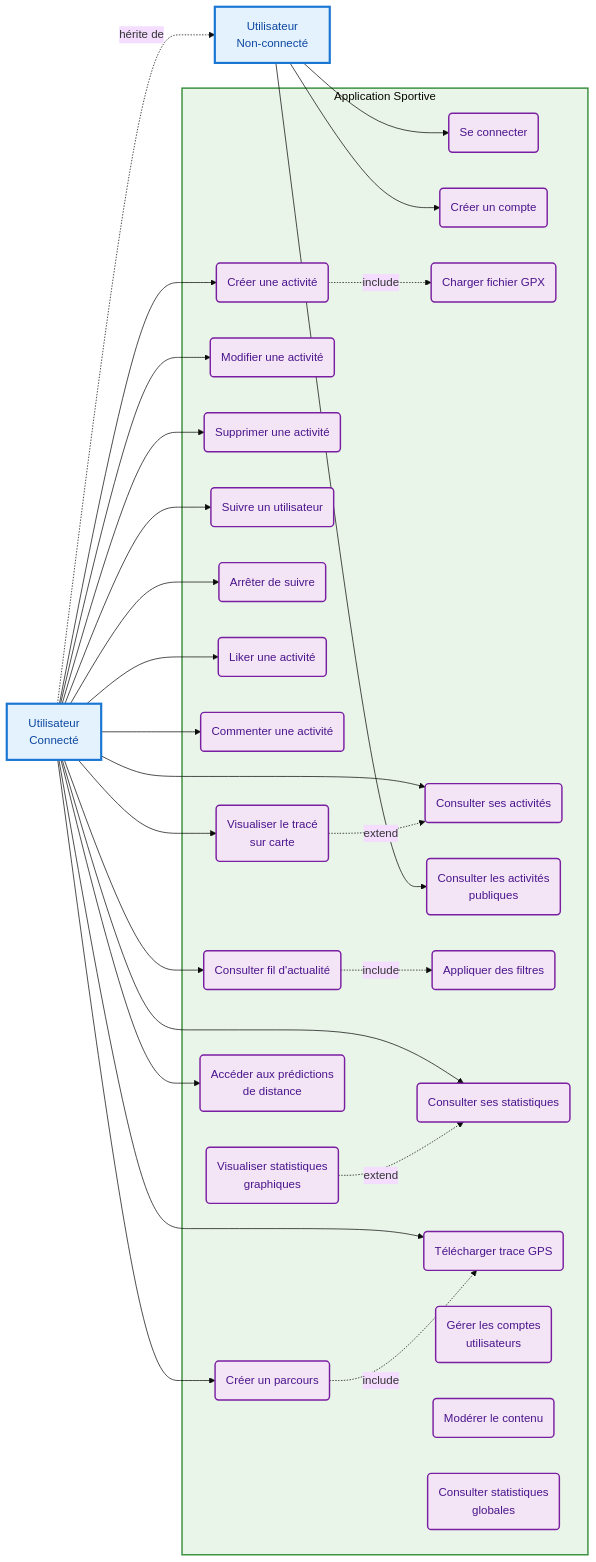
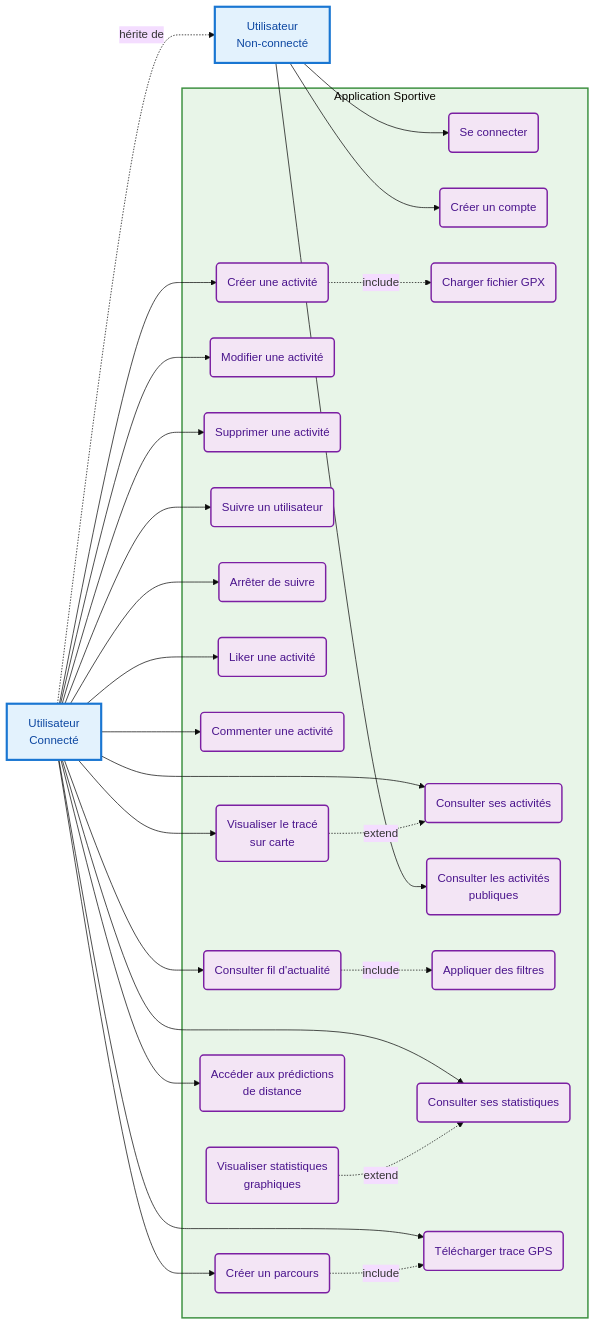
Before and after one commit to MariusAnicet/test: the diagram in diag_cas_utili_mermaid.md, drawn with Mermaid (base theme).

````diff
--- a/diag_cas_utili_mermaid.md
+++ b/diag_cas_utili_mermaid.md
@@ -38,10 +38,7 @@
         TelechargerTraceGPS(Télécharger trace GPS)
         PredictionsDistance(Accéder aux prédictions<br/>de distance)
         
-        %% Administration
-        GererComptes(Gérer les comptes<br/>utilisateurs)
-        ModererContenu(Modérer le contenu)
-        ConsulterStatistiquesGlobales(Consulter statistiques<br/>globales)
+       
     end
 
     %% Relations Utilisateur Non-connecté
@@ -92,7 +89,6 @@
 
     %% Application des styles
     class UtilisateurNonConnecte,UtilisateurConnecte actor
-    class Systeme system
     class AppSportive boundary
     class SeConnecter,CreerCompte,CreerActivite,ChargerFichierGPX,ConsulterActivites,ModifierActivite,SupprimerActivite,ConsulterActivitesPubliques,SuivreUtilisateur,ArreterSuivre,LikerActivite,CommenterActivite,ConsulterFilActualite,AppliquerFiltres,ConsulterStatistiques,VisualiserTrace,VisualiserStatistiques,CreerParcours,TelechargerTraceGPS,PredictionsDistance,GererComptes,ModererContenu,ConsulterStatistiquesGlobales usecase
 ```
````
